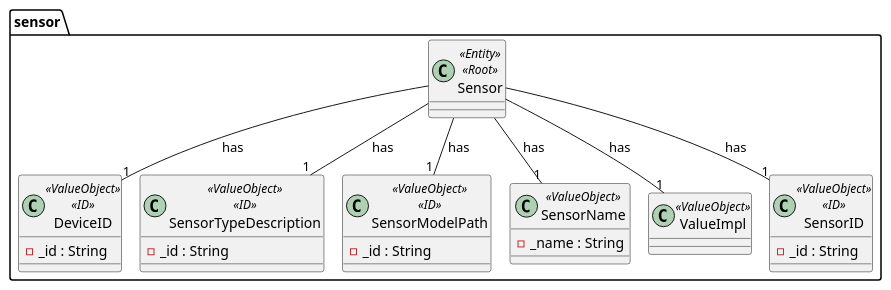
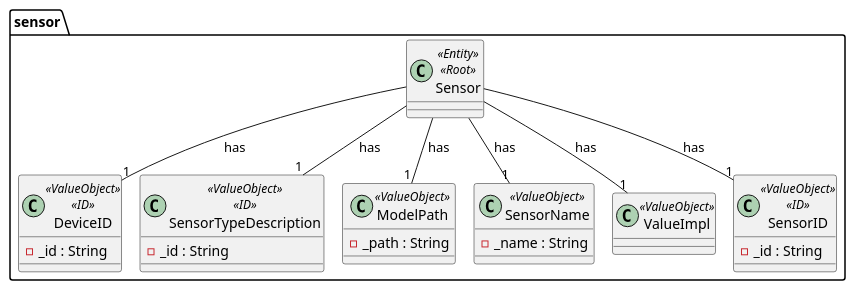
One commit to olivDiogo/SmartHome changed the diagram in docs/ooa/4.agreggateModels/Sensor.puml. Above: the diagram before and after it, drawn with PlantUML. The commit also changed 18 other files, not shown here.

Commit message:
fix: minor correction to the aggregate diagrams - closes #346

```diff
--- a/docs/ooa/4.agreggateModels/Sensor.puml
+++ b/docs/ooa/4.agreggateModels/Sensor.puml
@@ -1,38 +1,38 @@
 @startuml
 'https://plantuml.com/class-diagram
 !pragma layout smetana
 
 package sensor {
     class Sensor <<Entity>> <<Root>> {
     }
     class DeviceID <<ValueObject>> <<ID>> {
         - _id : String
     }
 
     class SensorTypeDescription <<ValueObject>> <<ID>> {
         - _id : String
     }
-    class SensorModelPath <<ValueObject>> <<ID>> {
-        - _id : String
+    class ModelPath <<ValueObject>> {
+        - _path : String
     }
 
     class SensorName <<ValueObject>> {
         - _name : String
     }
 
     class ValueImpl <<ValueObject>>{
     }
 
     class SensorID <<ValueObject>> <<ID>> {
         - _id : String
     }
 }
 
 Sensor  -- "1" SensorTypeDescription : has
-Sensor  -- "1" SensorModelPath : has
+Sensor  -- "1" ModelPath : has
 Sensor  -- "1" ValueImpl : has
 Sensor  -- "1" DeviceID : has
 Sensor  -- "1" SensorName : has
 Sensor  -- "1" SensorID : has
 
 @enduml
```
